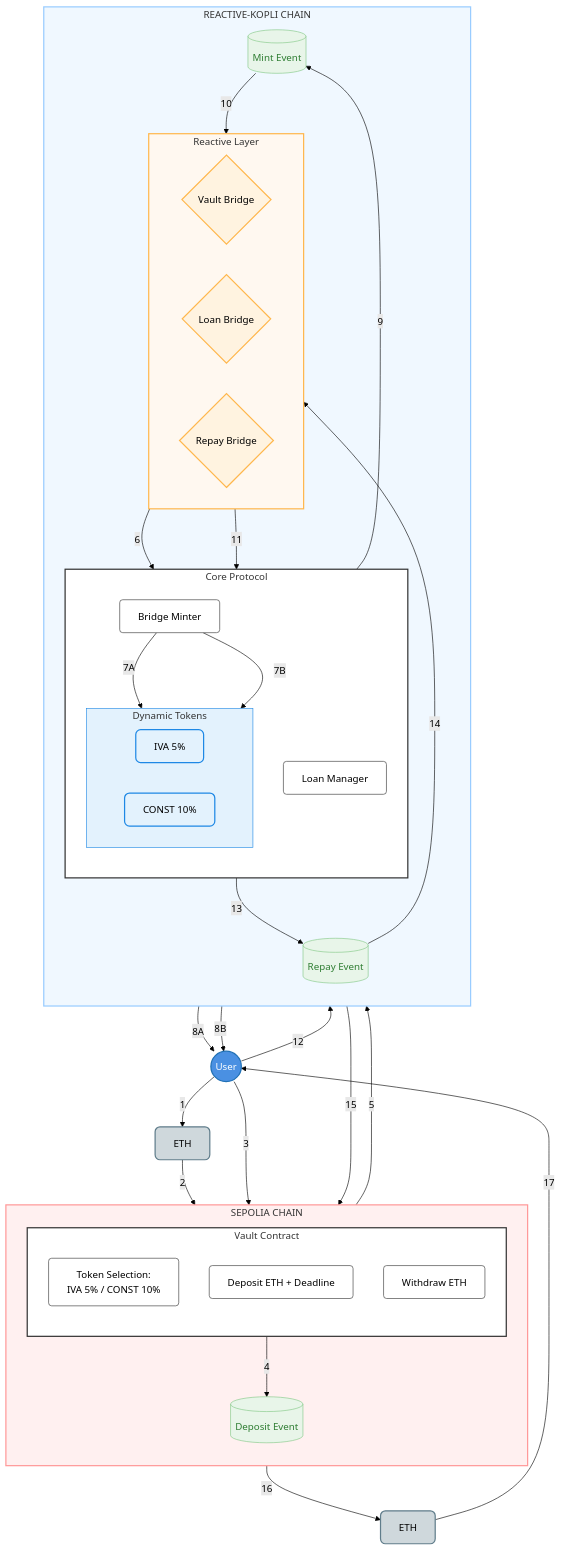
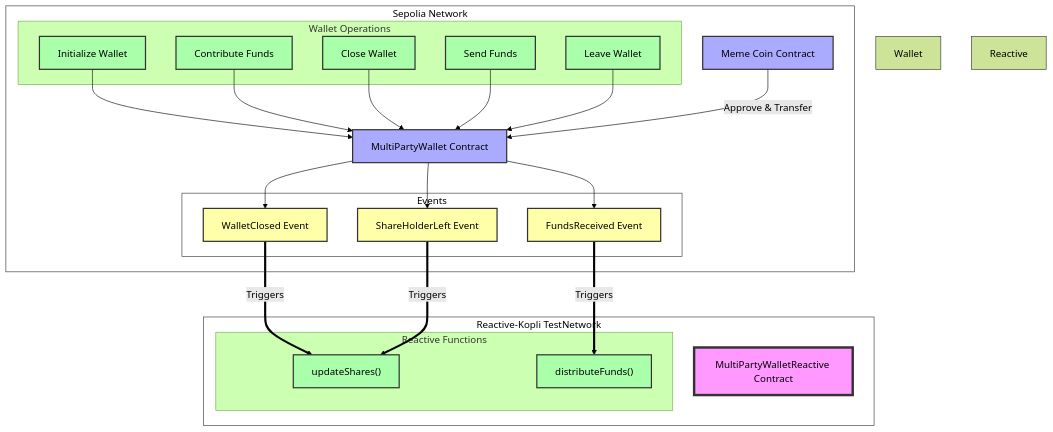
One commit to Prakhar-30/Reactive_CrossChain_Loan changed the diagram in README.md. Above: the diagram before and after it, drawn with Mermaid (forest theme).

````diff
--- a/README.md
+++ b/README.md
@@ -13,83 +13,64 @@
 ```mermaid
 graph TD
-    %% Styling definitions
-    classDef userStyle fill:#4A90E2,stroke:#2171B5,stroke-width:2px,color:#fff,rx:20
-    classDef contractStyle fill:#fff,stroke:#333,stroke-width:1px,rx:5
-    classDef reactiveStyle fill:#FFF3E0,stroke:#FFB74D,stroke-width:2px,rx:10
-    classDef eventStyle fill:#E8F5E9,stroke:#81C784,stroke-width:1px,color:#2E7D32,rx:15
-    classDef tokenStyle fill:#E3F2FD,stroke:#1E88E5,stroke-width:2px,rx:8
-    classDef ethStyle fill:#CFD8DC,stroke:#607D8B,stroke-width:2px,rx:8
+    subgraph Sepolia["Sepolia Network"]
+        MPW["MultiPartyWallet Contract"]
+        MC["Meme Coin Contract"]
+        
+        subgraph Wallet Operations
+            INIT["Initialize Wallet"]
+            CONTRIB["Contribute Funds"]
+            CLOSE["Close Wallet"]
+            SEND["Send Funds"]
+            LEAVE["Leave Wallet"]
+        end
+        
+        subgraph Events
+            WC["WalletClosed Event"]
+            FR["FundsReceived Event"]
+            SL["ShareHolderLeft Event"]
+        end
+        
+        INIT --> MPW
+        CONTRIB --> MPW
+        CLOSE --> MPW
+        SEND --> MPW
+        LEAVE --> MPW
+        
+        MPW --> WC
+        MPW --> FR
+        MPW --> SL
+        
+        MC -->|Approve & Transfer| MPW
+    end
+    
+    subgraph Reactive-Kopli["Reactive-Kopli TestNetwork"]
+        MPWR["MultiPartyWalletReactive Contract"]
+        
+        subgraph Reactive Functions
+            US["updateShares()"]
+            DF["distributeFunds()"]
+        end
+        
+        WC ==>|Triggers| US
+        FR ==>|Triggers| DF
+        SL ==>|Triggers| US
+        
+        style MPWR fill:#f9f,stroke:#333,stroke-width:4px
+    end
+    
+    %% Styling
+    classDef contract fill:#aaf,stroke:#333,stroke-width:2px,color:#000
+    classDef event fill:#ffa,stroke:#333,stroke-width:2px,color:#000
+    classDef operation fill:#afa,stroke:#333,stroke-width:2px,color:#000
+    
+    class MPW,MC,MPWR contract
+    class WC,FR,SL event
+    class INIT,CONTRIB,CLOSE,SEND,LEAVE,US,DF operation
 
-    %% Main nodes
-    User((User)):::userStyle
-    ETH_Start[ETH]:::ethStyle
-    ETH_End[ETH]:::ethStyle
-
-    %% SEPOLIA Chain
-    subgraph SEPOLIA[" SEPOLIA CHAIN "]
-        direction TB
-        subgraph Vault[" Vault Contract "]
-            direction TB
-            TokenSelect[Token Selection:<br/>IVA 5% / CONST 10%]:::contractStyle
-            Deposit[Deposit ETH + Deadline]:::contractStyle
-            Withdraw[Withdraw ETH]:::contractStyle
-        end
-        DepositEvent[(Deposit Event)]:::eventStyle
-    end
-
-    %% KOPLI Chain
-    subgraph KOPLI[" REACTIVE-KOPLI CHAIN "]
-        direction TB
-        subgraph Reactive[" Reactive Layer "]
-            direction LR
-            VaultBridge{Vault Bridge}:::reactiveStyle
-            LoanBridge{Loan Bridge}:::reactiveStyle
-            RepayBridge{Repay Bridge}:::reactiveStyle
-        end
-
-        subgraph Core[" Core Protocol "]
-            direction TB
-            BridgeMinter[Bridge Minter]:::contractStyle
-            
-            subgraph Tokens[" Dynamic Tokens "]
-                direction LR
-                IVA[IVA 5%]:::tokenStyle
-                CONST[CONST 10%]:::tokenStyle
-            end
-            
-            LoanManager[Loan Manager]:::contractStyle
-        end
-
-        MintEvent[(Mint Event)]:::eventStyle
-        RepayEvent[(Repay Event)]:::eventStyle
-    end
-
-    %% Connections
-    User -->|1| ETH_Start
-    ETH_Start -->|2| Deposit
-    User -->|3| TokenSelect
-    Deposit -->|4| DepositEvent
-    DepositEvent -->|5| VaultBridge
-    VaultBridge -->|6| BridgeMinter
-    BridgeMinter -->|7A| IVA
-    BridgeMinter -->|7B| CONST
-    IVA -->|8A| User
-    CONST -->|8B| User
-    BridgeMinter -->|9| MintEvent
-    MintEvent -->|10| LoanBridge
-    LoanBridge -->|11| LoanManager
-    User -->|12| LoanManager
-    LoanManager -->|13| RepayEvent
-    RepayEvent -->|14| RepayBridge
-    RepayBridge -->|15| Withdraw
-    Withdraw -->|16| ETH_End
-    ETH_End -->|17| User
-
-    %% Subgraph styling
-    style SEPOLIA fill:#FFF0F0,stroke:#FF9999,stroke-width:2px
-    style KOPLI fill:#F0F8FF,stroke:#99CCFF,stroke-width:2px
-    style Reactive fill:#FFF8F0,stroke:#FFB74D,stroke-width:2px
-    style Core fill:#FFFFFF,stroke:#333,stroke-width:2px
-    style Vault fill:#FFFFFF,stroke:#333,stroke-width:2px
-    style Tokens fill:#E3F2FD,stroke:#1E88E5,stroke-width:1px
+    %% Style all text to be darker
+    style Sepolia fill:#fff,stroke:#333,color:#000
+    style Reactive-Kopli fill:#fff,stroke:#333,color:#000
+    style Wallet Operations fill:#fff,stroke:#333,color:#000
+    style Events fill:#fff,stroke:#333,color:#000
+    style Reactive Functions fill:#fff,stroke:#333,color:#000
 ```
````
